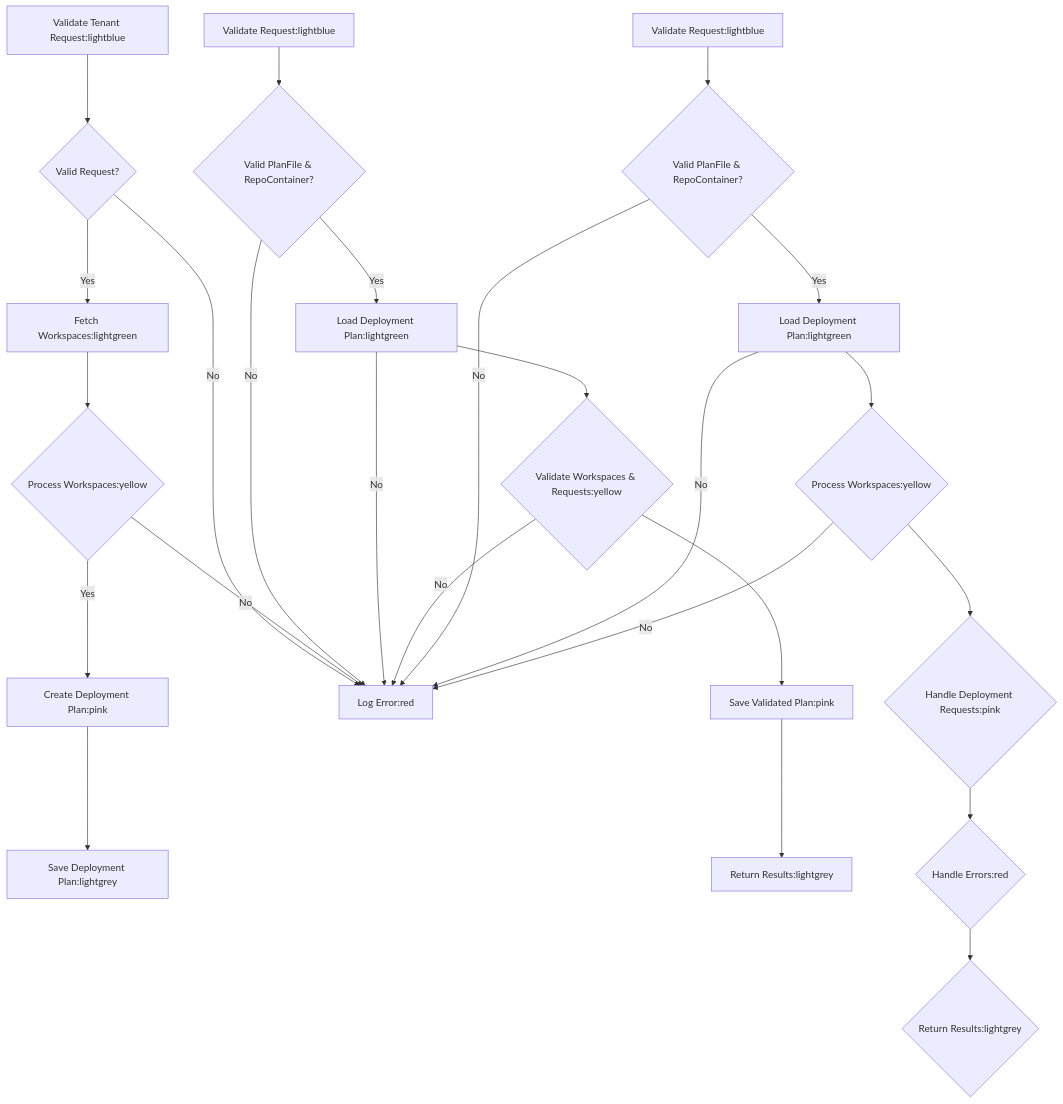
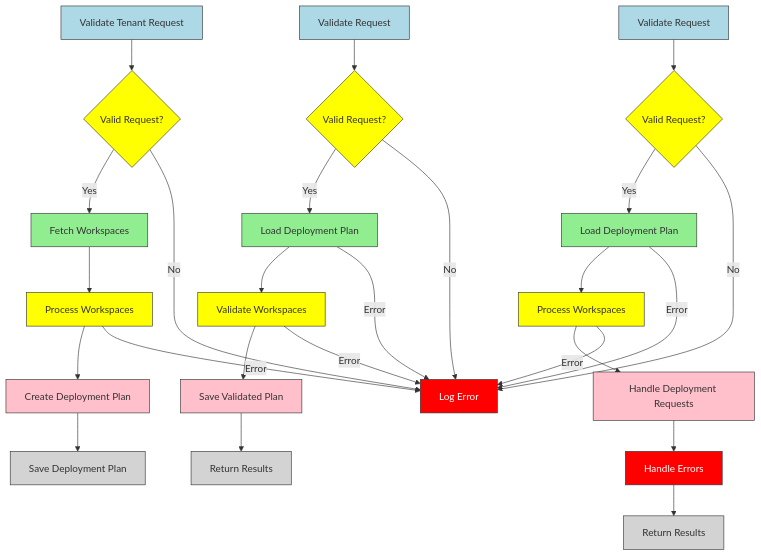
One commit to yodobrin/fabric-deployment-hub changed the diagram in README.md. Above: the diagram before and after it, drawn with Mermaid. The commit also changed other lines of this file, not shown here.

````diff
--- a/README.md
+++ b/README.md
@@ -52,29 +52,58 @@
 ```mermaid
-graph TD;
-    A[Validate Tenant Request:lightblue]-->B{Valid Request?};
-    B -- Yes --> C[Fetch Workspaces:lightgreen];
-    C-->D{Process Workspaces:yellow};
-    D -- Yes --> E[Create Deployment Plan:pink];
-    E-->F[Save Deployment Plan:lightgrey];
-    B -- No --> G[Log Error:red];
-    D -- No --> G;
+graph TD
 
-    H[Validate Request:lightblue]-->I{Valid PlanFile & RepoContainer?};
-    I -- Yes --> J[Load Deployment Plan:lightgreen];
-    J-->K{Validate Workspaces & Requests:yellow};
-    K-->L[Save Validated Plan:pink];
-    L-->M[Return Results:lightgrey];
-    I -- No --> G;
-    J -- No --> G;
-    K -- No --> G;
+    %% --- Define shared styles for coloring ---
+    classDef lightblue fill:#ADD8E6,stroke:#333,stroke-width:1px,color:#333
+    classDef lightgreen fill:#90EE90,stroke:#333,stroke-width:1px,color:#333
+    classDef yellow fill:#FFFF00,stroke:#333,stroke-width:1px,color:#333
+    classDef pink fill:#FFC0CB,stroke:#333,stroke-width:1px,color:#333
+    classDef lightgrey fill:#D3D3D3,stroke:#333,stroke-width:1px,color:#333
+    classDef red fill:#FF0000,stroke:#333,stroke-width:1px,color:#fff
 
-    N[Validate Request:lightblue]-->O{Valid PlanFile & RepoContainer?};
-    O -- Yes --> P[Load Deployment Plan:lightgreen];
-    P-->Q{Process Workspaces:yellow};
-    Q-->R{Handle Deployment Requests:pink};
-    R-->S{Handle Errors:red};
-    S-->T{Return Results:lightgrey};
-    O -- No --> G;
-    P -- No --> G;
-    Q -- No --> G;
+    %% -----------------------------------------
+    %% Section 1
+    %% -----------------------------------------
+    A[Validate Tenant Request]:::lightblue --> B{Valid Request?}:::yellow
+    B -- Yes --> C[Fetch Workspaces]:::lightgreen
+    B -- No --> G[Log Error]:::red
+
+    C --> D[Process Workspaces]:::yellow
+    %% "Process Workspaces" is a rectangle, but we show a separate error path
+    D --> E[Create Deployment Plan]:::pink
+    D -->|Error| G[Log Error]:::red
+
+    E --> F[Save Deployment Plan]:::lightgrey
+
+    %% -----------------------------------------
+    %% Section 2
+    %% -----------------------------------------
+    H[Validate Request]:::lightblue --> I{Valid Request?}:::yellow
+    I -- Yes --> J[Load Deployment Plan]:::lightgreen
+    I -- No --> G[Log Error]:::red
+
+    %% "Load Deployment Plan" is a rectangle, can still fail
+    J --> K[Validate Workspaces]:::yellow
+    J -->|Error| G
+
+    %% "Validate Workspaces" as a rectangle; can fail
+    K --> L[Save Validated Plan]:::pink
+    K -->|Error| G
+
+    L --> M[Return Results]:::lightgrey
+
+    %% -----------------------------------------
+    %% Section 3
+    %% -----------------------------------------
+    N[Validate Request]:::lightblue --> O{Valid Request?}:::yellow
+    O -- Yes --> P[Load Deployment Plan]:::lightgreen
+    O -- No --> G[Log Error]:::red
+
+    P --> Q[Process Workspaces]:::yellow
+    P -->|Error| G
+
+    Q --> R[Handle Deployment Requests]:::pink
+    Q -->|Error| G
+
+    R --> S[Handle Errors]:::red
+    S --> T[Return Results]:::lightgrey
 ```
````
